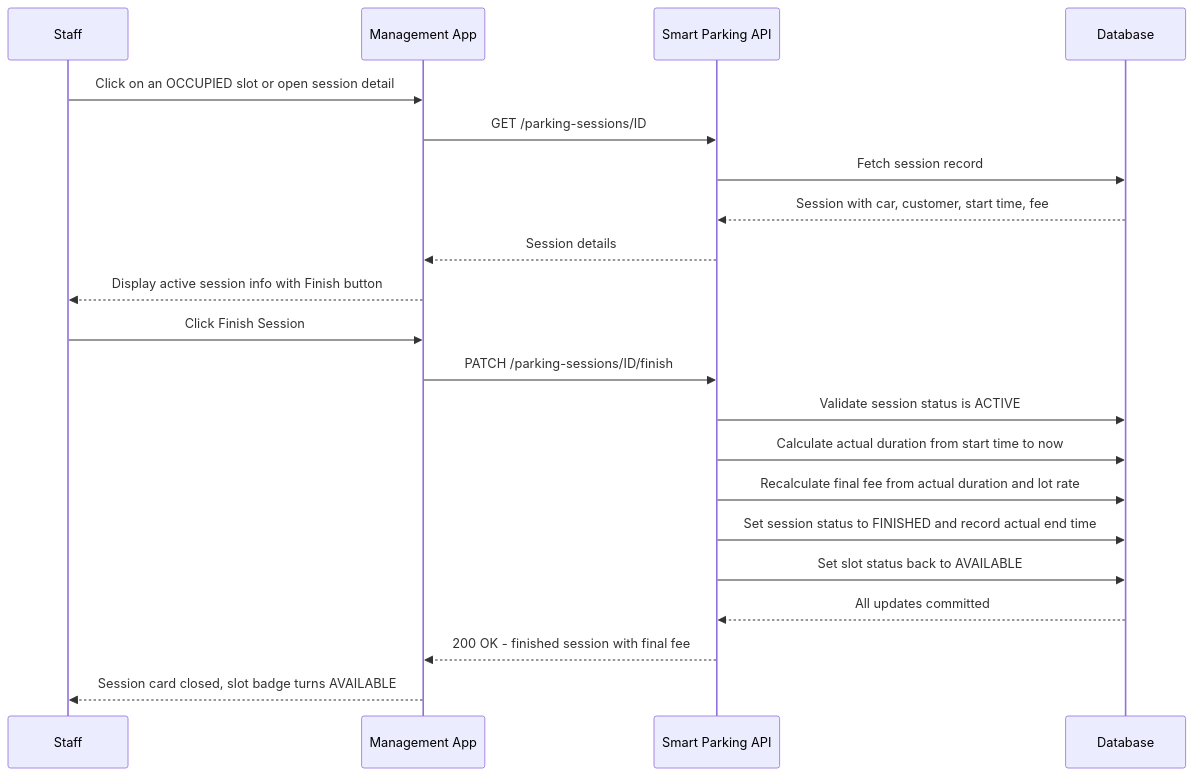
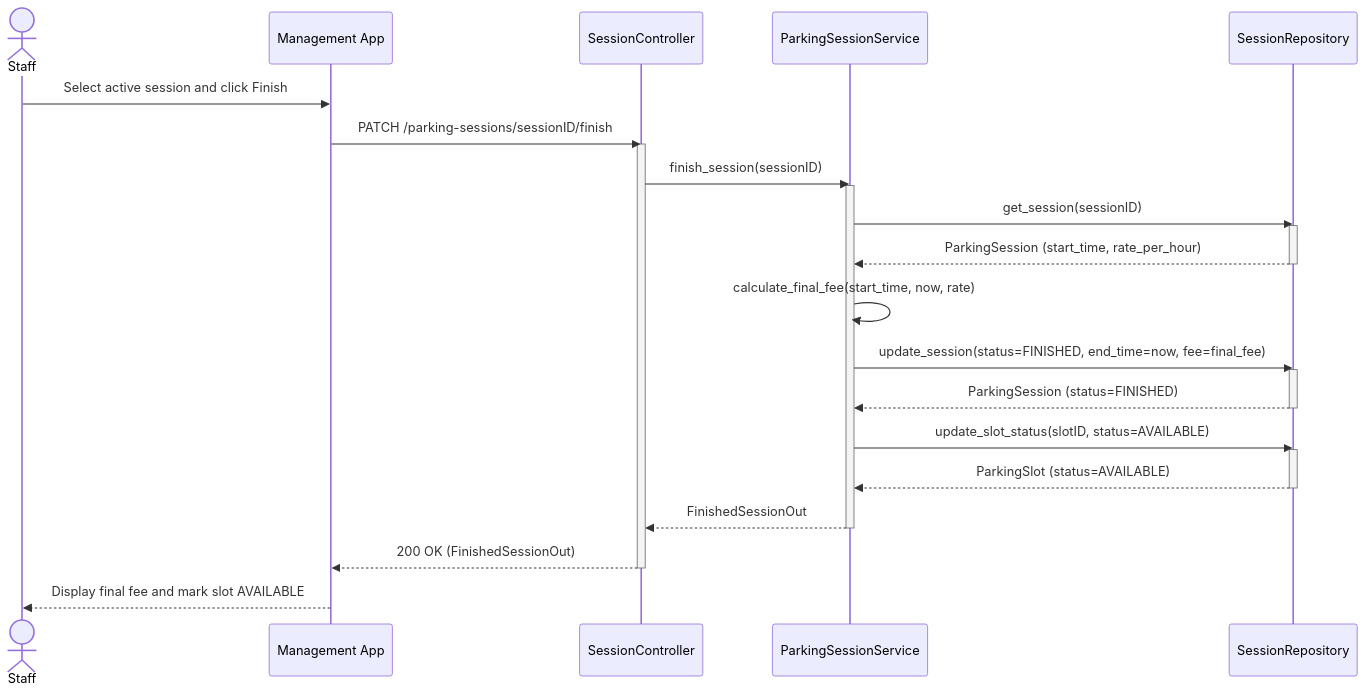
Diagram 14 of 16 in docs/Smart_Parking_Lot_System_Documentation.md (kxunsithu/smart-parking-lot-system), drawn with Mermaid before and after one commit. The commit also changed other lines of this file and 1 other file, not shown here.

````diff
--- a/docs/Smart_Parking_Lot_System_Documentation.md
+++ b/docs/Smart_Parking_Lot_System_Documentation.md
@@ -1057,25 +1347,32 @@
 ```mermaid
 sequenceDiagram
-    participant Staff
-    participant App as Management App
-    participant API as Smart Parking API
-    participant DB as Database
+    actor Staff
+    participant UI as Management App
+    participant API as SessionController
+    participant Service as ParkingSessionService
+    participant DB as SessionRepository
 
-    Staff->>App: Click on an OCCUPIED slot or open session detail
-    App->>API: GET /parking-sessions/ID
-    API->>DB: Fetch session record
-    DB-->>API: Session with car, customer, start time, fee
-    API-->>App: Session details
-    App-->>Staff: Display active session info with Finish button
-
-    Staff->>App: Click Finish Session
-    App->>API: PATCH /parking-sessions/ID/finish
-    API->>DB: Validate session status is ACTIVE
-    API->>DB: Calculate actual duration from start time to now
-    API->>DB: Recalculate final fee from actual duration and lot rate
-    API->>DB: Set session status to FINISHED and record actual end time
-    API->>DB: Set slot status back to AVAILABLE
-    DB-->>API: All updates committed
-    API-->>App: 200 OK - finished session with final fee
-    App-->>Staff: Session card closed, slot badge turns AVAILABLE
+    Staff->>UI: Select active session and click Finish
+    UI->>API: PATCH /parking-sessions/sessionID/finish
+    activate API
+    API->>Service: finish_session(sessionID)
+    activate Service
+    Service->>DB: get_session(sessionID)
+    activate DB
+    DB-->>Service: ParkingSession (start_time, rate_per_hour)
+    deactivate DB
+    Service->>Service: calculate_final_fee(start_time, now, rate)
+    Service->>DB: update_session(status=FINISHED, end_time=now, fee=final_fee)
+    activate DB
+    DB-->>Service: ParkingSession (status=FINISHED)
+    deactivate DB
+    Service->>DB: update_slot_status(slotID, status=AVAILABLE)
+    activate DB
+    DB-->>Service: ParkingSlot (status=AVAILABLE)
+    deactivate DB
+    Service-->>API: FinishedSessionOut
+    deactivate Service
+    API-->>UI: 200 OK (FinishedSessionOut)
+    deactivate API
+    UI-->>Staff: Display final fee and mark slot AVAILABLE
 ```
````
